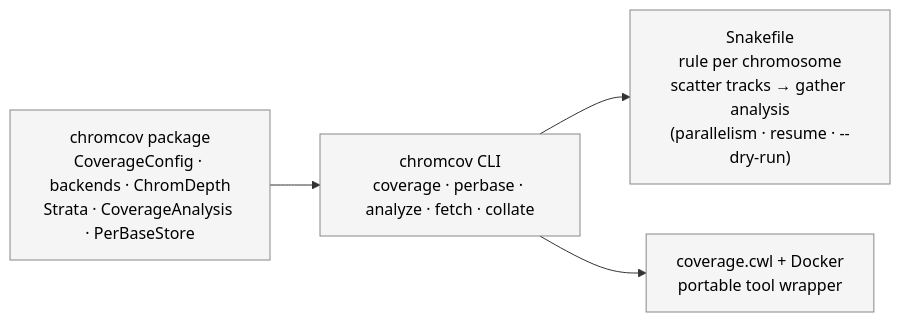
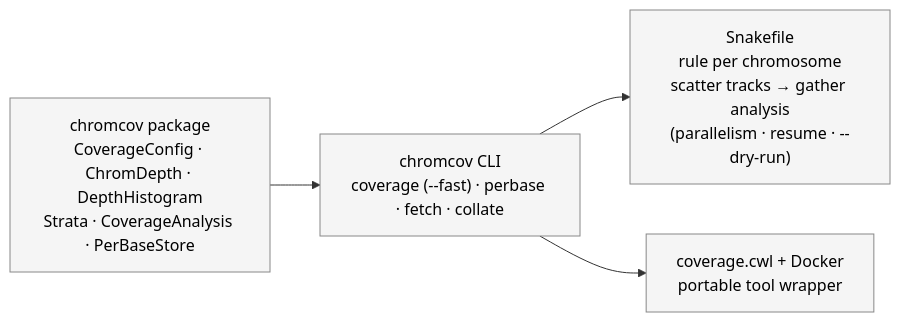
Before and after one commit to lenorakepler/ParkLab-ChromCov: the second of 2 diagrams in WORKFLOW.md, drawn with Mermaid. The commit also changed other lines of this file and 9 other files, not shown here.

First line of the commit message:
Unify to one `coverage` command; full run is the default, --fast downgrades

````diff
--- a/WORKFLOW.md
+++ b/WORKFLOW.md
@@ -53,9 +54,9 @@
 ```mermaid
 flowchart LR
-    LIB["chromcov package<br/>CoverageConfig · backends · ChromDepth<br/>Strata · CoverageAnalysis · PerBaseStore"] --> CLI["chromcov CLI<br/>coverage · perbase · analyze · fetch · collate"]
+    LIB["chromcov package<br/>CoverageConfig · ChromDepth · DepthHistogram<br/>Strata · CoverageAnalysis · PerBaseStore"] --> CLI["chromcov CLI<br/>coverage (--fast) · perbase · fetch · collate"]
     CLI --> SNAKE["Snakefile<br/>rule per chromosome<br/>scatter tracks → gather analysis<br/>(parallelism · resume · --dry-run)"]
     CLI --> CWLW["coverage.cwl + Docker<br/>portable tool wrapper"]
 
     classDef n fill:#f5f5f5,stroke:#888,color:#000;
     class LIB,CLI,SNAKE,CWLW n;
 ```
````
